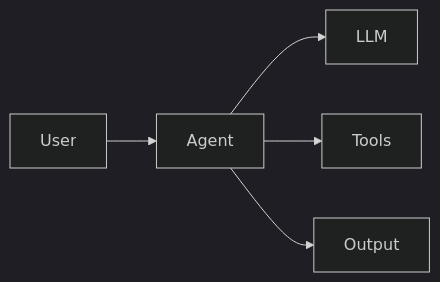
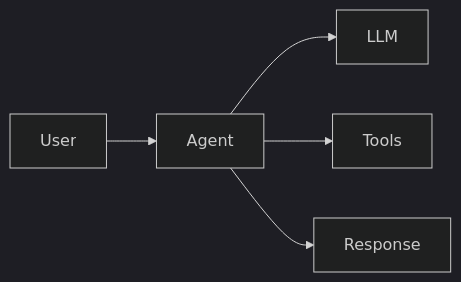
The third of 10 diagrams in docs/03-agent-architecture-patterns.md (ataksale/ai-agents-engineering-handbook-), drawn with Mermaid (dark theme) before and after one commit. The commit also changed other lines of this file, not shown here.

First line of the commit message:
Update 03-agent-architecture-patterns.md

````diff
--- a/docs/03-agent-architecture-patterns.md
+++ b/docs/03-agent-architecture-patterns.md
@@ -95,15 +102,8 @@
 ```mermaid
 flowchart LR
 
-User
---> Agent
-
-Agent
---> LLM
-
-Agent
---> Tools
-
-Agent
---> Output
+    User --> Agent
+    Agent --> LLM
+    Agent --> Tools
+    Agent --> Response
 ```
````
